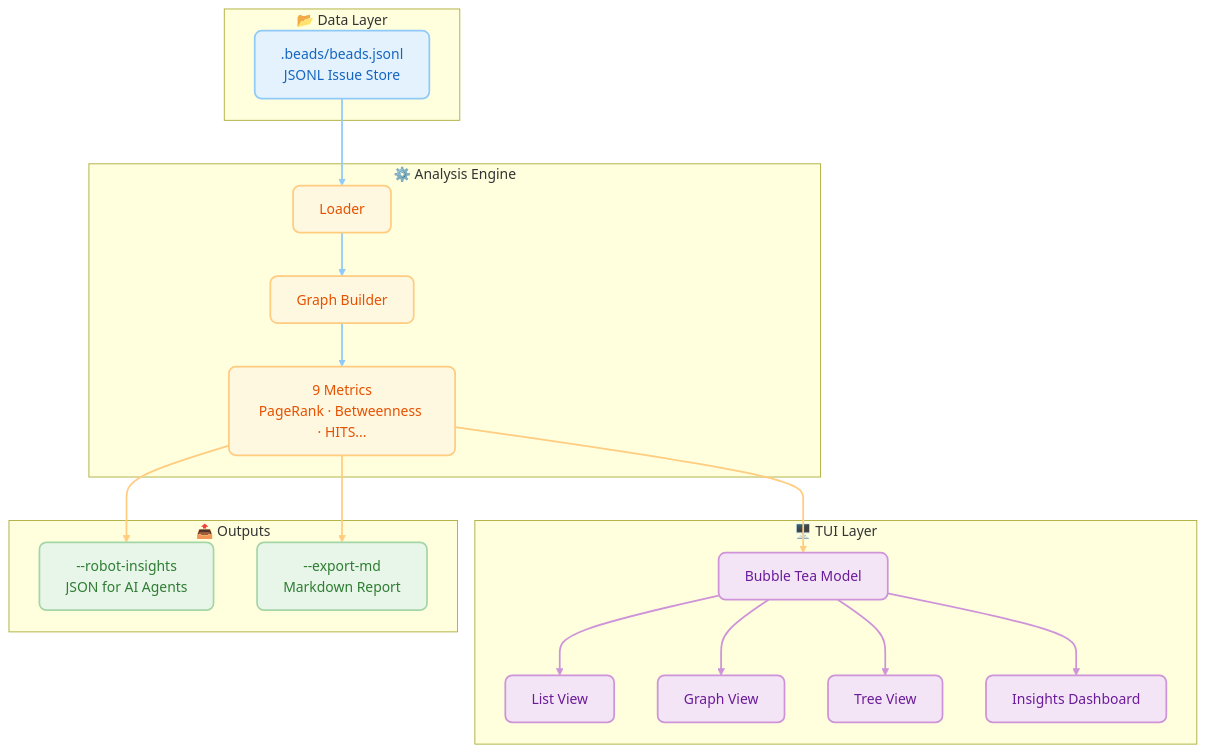
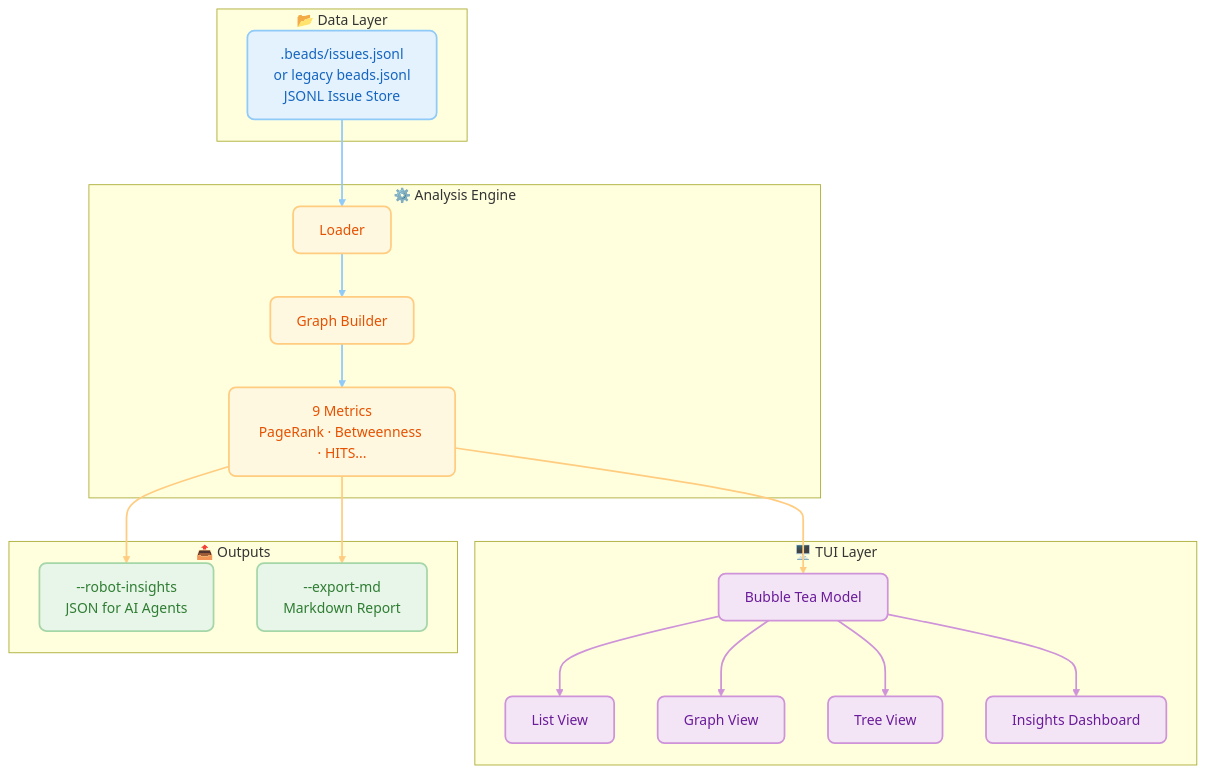
The first of 9 diagrams in README.md (FlexNetOS/beads_viewer), drawn with Mermaid before and after one commit. The commit also changed other lines of this file and 6 other files, not shown here.

````diff
--- a/README.md
+++ b/README.md
@@ -324,46 +324,46 @@
 ```mermaid
 graph TD
     %% Soft Pastel Theme — Refined
     classDef data fill:#e3f2fd,stroke:#90caf9,stroke-width:2px,color:#1565c0,rx:8
     classDef logic fill:#fff8e1,stroke:#ffcc80,stroke-width:2px,color:#e65100,rx:8
     classDef ui fill:#f3e5f5,stroke:#ce93d8,stroke-width:2px,color:#6a1b9a,rx:8
     classDef output fill:#e8f5e9,stroke:#a5d6a7,stroke-width:2px,color:#2e7d32,rx:8
 
     subgraph storage [" 📂 Data Layer "]
-        A[".beads/beads.jsonl<br/>JSONL Issue Store"]:::data
+        A[".beads/issues.jsonl<br/>or legacy beads.jsonl<br/>JSONL Issue Store"]:::data
     end
 
     subgraph engine [" ⚙️ Analysis Engine "]
         B["Loader"]:::logic
         C["Graph Builder"]:::logic
         D["9 Metrics<br/>PageRank · Betweenness · HITS..."]:::logic
     end
 
     subgraph interface [" 🖥️ TUI Layer "]
         E["Bubble Tea Model"]:::ui
         F["List View"]:::ui
         G["Graph View"]:::ui
         G2["Tree View"]:::ui
         H["Insights Dashboard"]:::ui
     end
 
     subgraph outputs [" 📤 Outputs "]
         I["--robot-insights<br/>JSON for AI Agents"]:::output
         J["--export-md<br/>Markdown Report"]:::output
     end
 
     A --> B
     B --> C
     C --> D
     D --> E
     D --> I
     D --> J
     E --> F
     E --> G
     E --> G2
     E --> H
 
     linkStyle 0,1,2 stroke:#90caf9,stroke-width:2px
     linkStyle 3,4,5 stroke:#ffcc80,stroke-width:2px
     linkStyle 6,7,8,9 stroke:#ce93d8,stroke-width:2px
 ```
````
